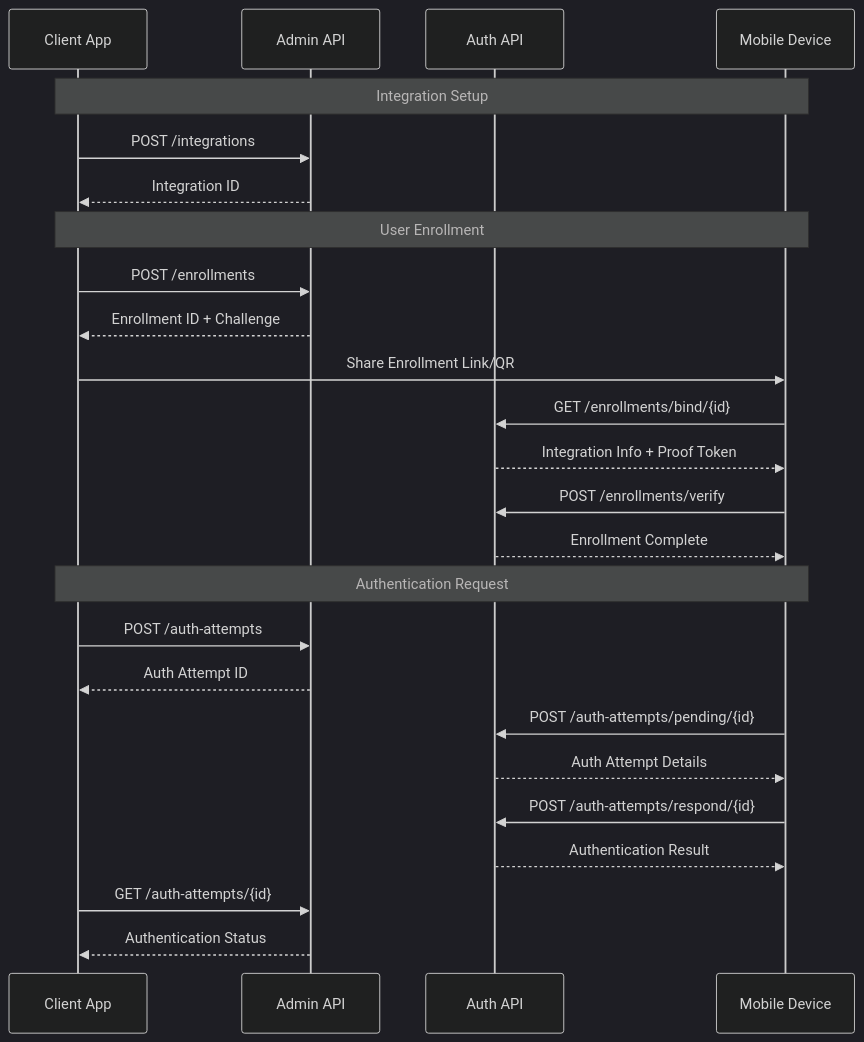
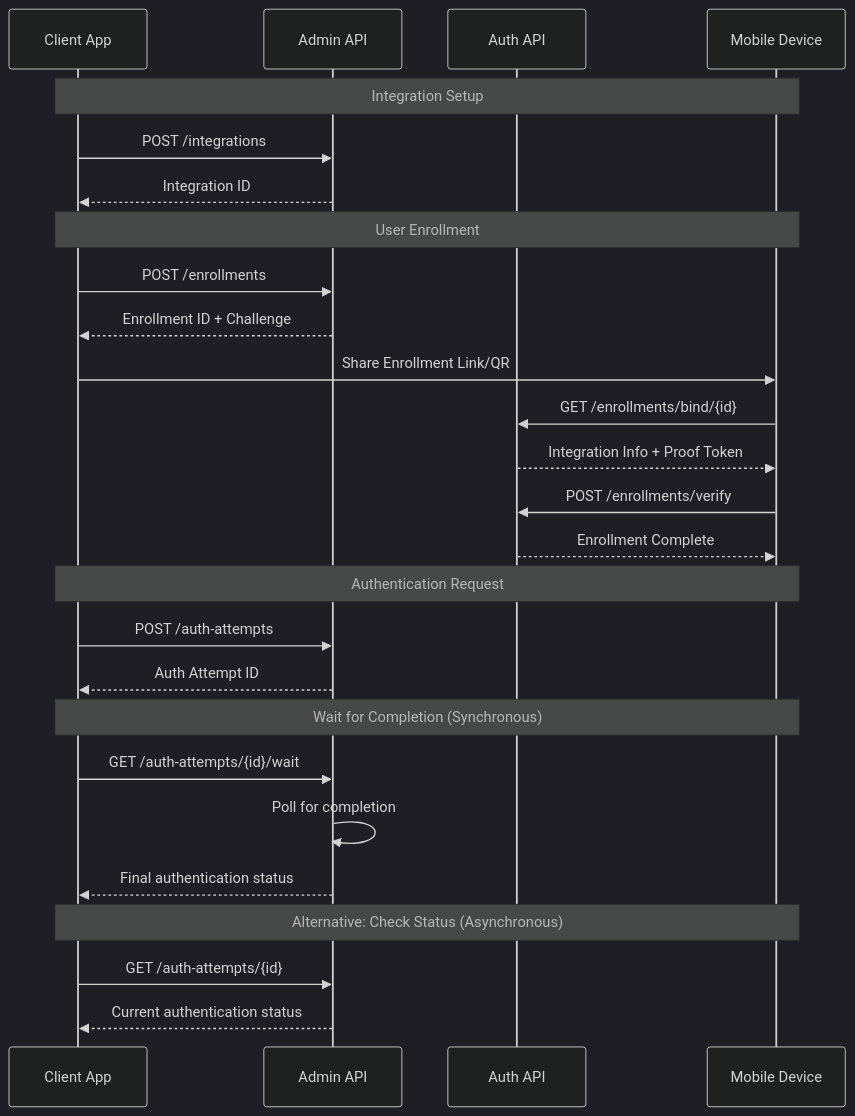
The eighth of 11 diagrams in README.md (mgagp/ezkey), drawn with Mermaid (dark theme) before and after one commit. The commit also changed other lines of this file, not shown here.

First line of the commit message:
docs: update README to reflect changes in Ezkey's features and Wait API

````diff
--- a/README.md
+++ b/README.md
@@ -256,30 +274,33 @@
 ```mermaid
 sequenceDiagram
     participant Client as Client App
     participant Admin as Admin API
     participant Auth as Auth API
     participant Mobile as Mobile Device
     
     Note over Client,Mobile: Integration Setup
     Client->>Admin: POST /integrations
     Admin-->>Client: Integration ID
     
     Note over Client,Mobile: User Enrollment
     Client->>Admin: POST /enrollments
     Admin-->>Client: Enrollment ID + Challenge
     Client->>Mobile: Share Enrollment Link/QR
     Mobile->>Auth: GET /enrollments/bind/{id}
     Auth-->>Mobile: Integration Info + Proof Token
     Mobile->>Auth: POST /enrollments/verify
     Auth-->>Mobile: Enrollment Complete
     
     Note over Client,Mobile: Authentication Request
     Client->>Admin: POST /auth-attempts
     Admin-->>Client: Auth Attempt ID
-    Mobile->>Auth: POST /auth-attempts/pending/{id}
-    Auth-->>Mobile: Auth Attempt Details
-    Mobile->>Auth: POST /auth-attempts/respond/{id}
-    Auth-->>Mobile: Authentication Result
+    
+    Note over Client,Mobile: Wait for Completion (Synchronous)
+    Client->>Admin: GET /auth-attempts/{id}/wait
+    Admin->>Admin: Poll for completion
+    Admin-->>Client: Final authentication status
+    
+    Note over Client,Mobile: Alternative: Check Status (Asynchronous)
     Client->>Admin: GET /auth-attempts/{id}
-    Admin-->>Client: Authentication Status
+    Admin-->>Client: Current authentication status
 ```
````
